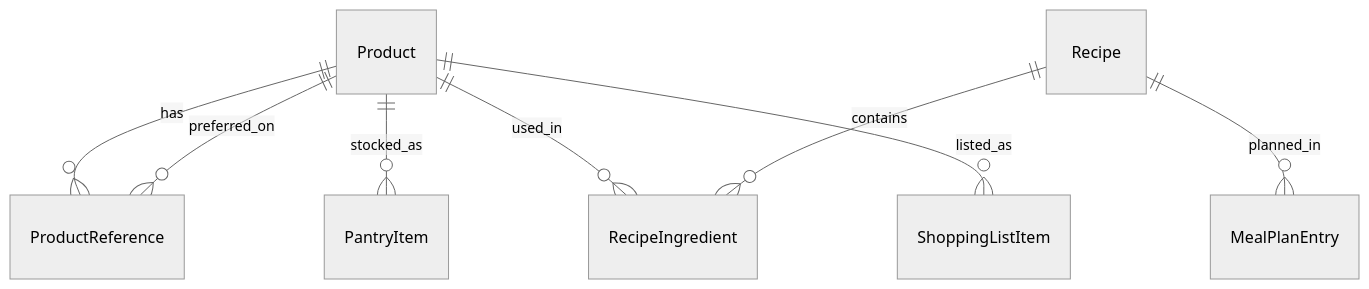
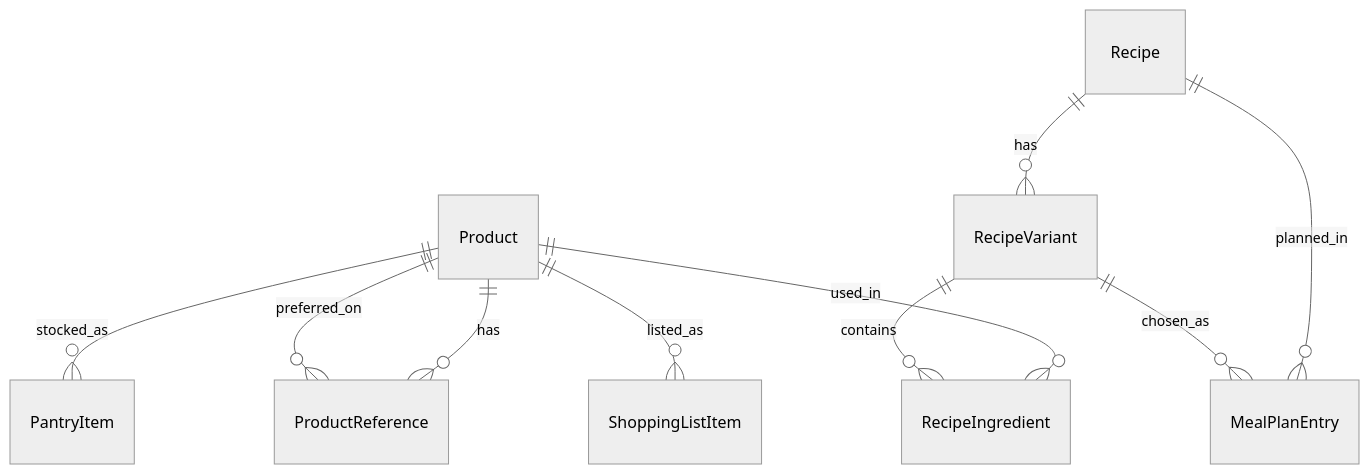
Before and after one commit to ronanleflem/Nutrition: the third of 3 diagrams in _bmad-output/planning-artifacts/architecture/architecture-Nutrition-2026-08-30/ARCHITECTURE-SPINE.md, drawn with Mermaid (neutral theme). The commit also changed other lines of this file and 2 other files, not shown here.

First line of the commit message:
Amend architecture spine: recipe variants MVP (AD-13–15)

````diff
--- a/_bmad-output/planning-artifacts/architecture/architecture-Nutrition-2026-08-30/ARCHITECTURE-SPINE.md
+++ b/_bmad-output/planning-artifacts/architecture/architecture-Nutrition-2026-08-30/ARCHITECTURE-SPINE.md
@@ -201,10 +220,12 @@
 ```mermaid
 erDiagram
   Product ||--o{ ProductReference : has
   Product ||--o{ PantryItem : stocked_as
   Product ||--o{ RecipeIngredient : used_in
   Product ||--o{ ShoppingListItem : listed_as
-  Recipe ||--o{ RecipeIngredient : contains
+  Recipe ||--o{ RecipeVariant : has
+  RecipeVariant ||--o{ RecipeIngredient : contains
   Recipe ||--o{ MealPlanEntry : planned_in
+  RecipeVariant ||--o{ MealPlanEntry : chosen_as
   ProductReference }o--|| Product : preferred_on
 ```
````
